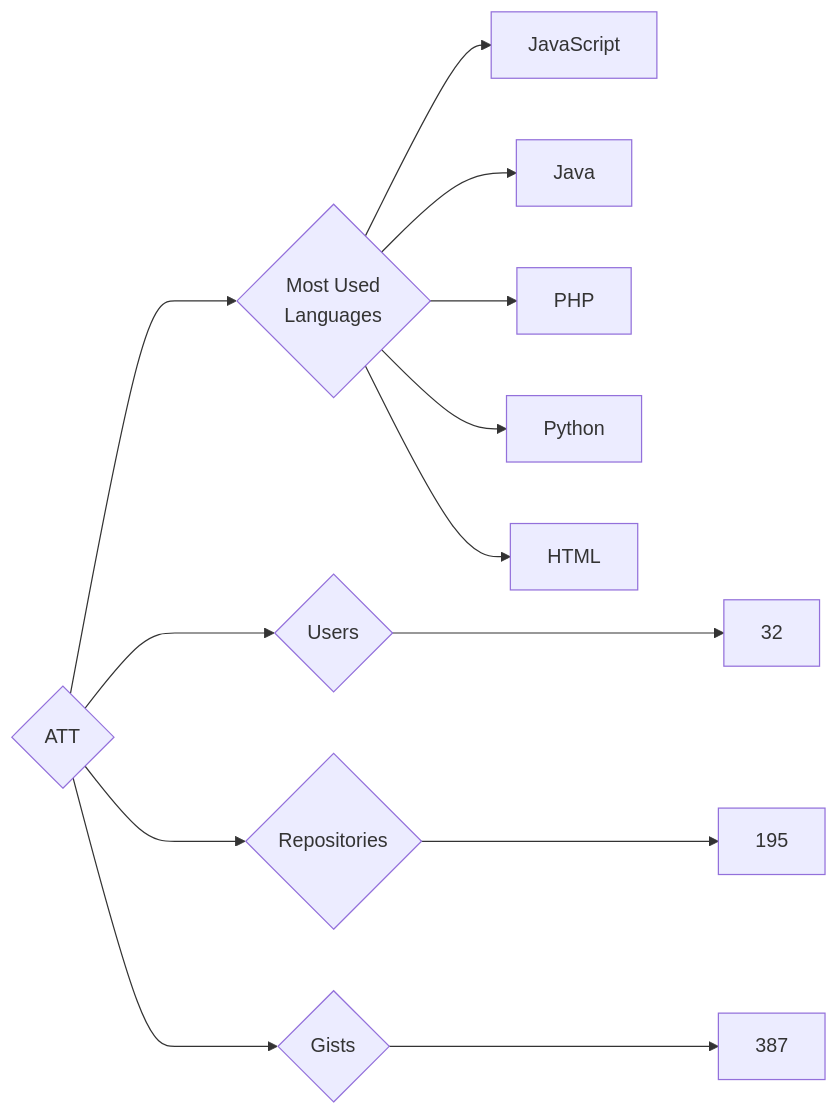
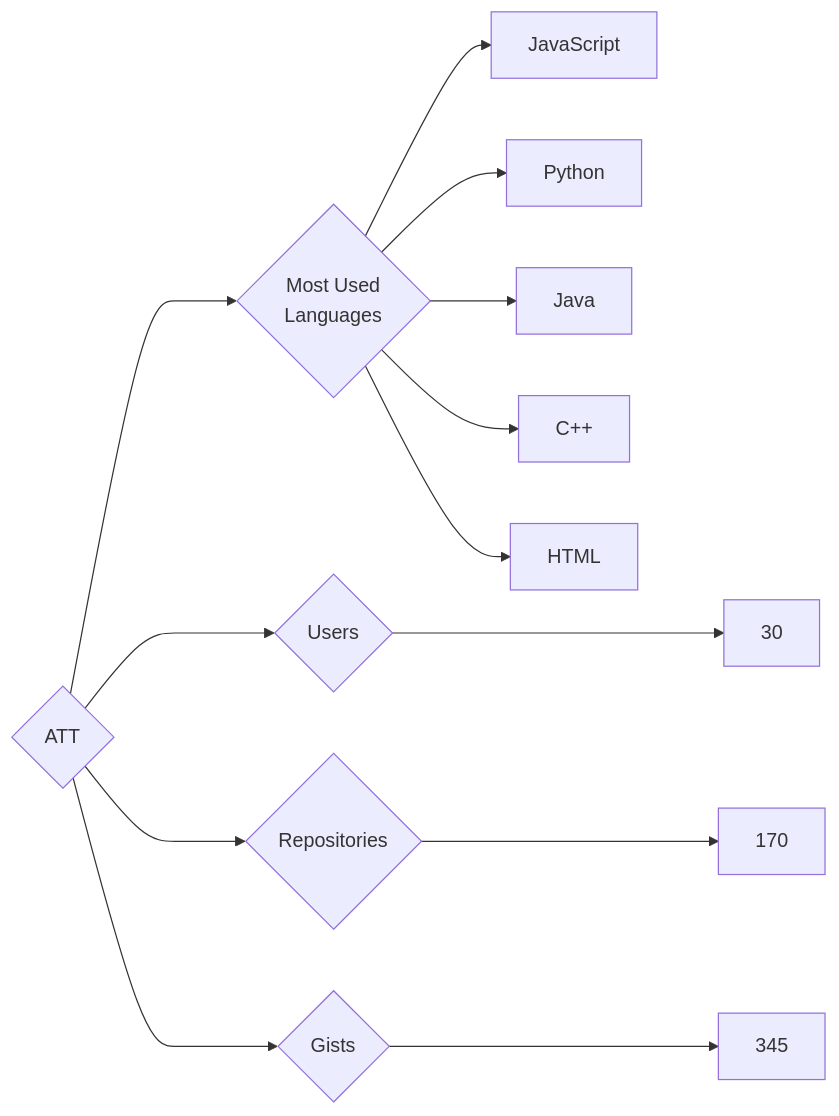
The diagram in targets/ATT/README.md (trickest/insiders), drawn with Mermaid before and after one commit. The commit also changed 912 other files, not shown here.

````diff
--- a/targets/ATT/README.md
+++ b/targets/ATT/README.md
@@ -3,13 +3,13 @@
 ```mermaid
 graph LR
 COMPANY_NAME{ATT}
-COMPANY_NAME ---> U{Users} ---> UN[32]
-COMPANY_NAME ---> R{Repositories} ---> RN[195]
-COMPANY_NAME ---> G{Gists} ---> GN[387]
+COMPANY_NAME ---> U{Users} ---> UN[30]
+COMPANY_NAME ---> R{Repositories} ---> RN[170]
+COMPANY_NAME ---> G{Gists} ---> GN[345]
 COMPANY_NAME ---> ML{Most Used<br>Languages}
 ML --> JavaScript[JavaScript]
+ML --> Python[Python]
 ML --> Java[Java]
-ML --> PHP[PHP]
-ML --> Python[Python]
+ML --> C++[C++]
 ML --> HTML[HTML]
 ```
````
